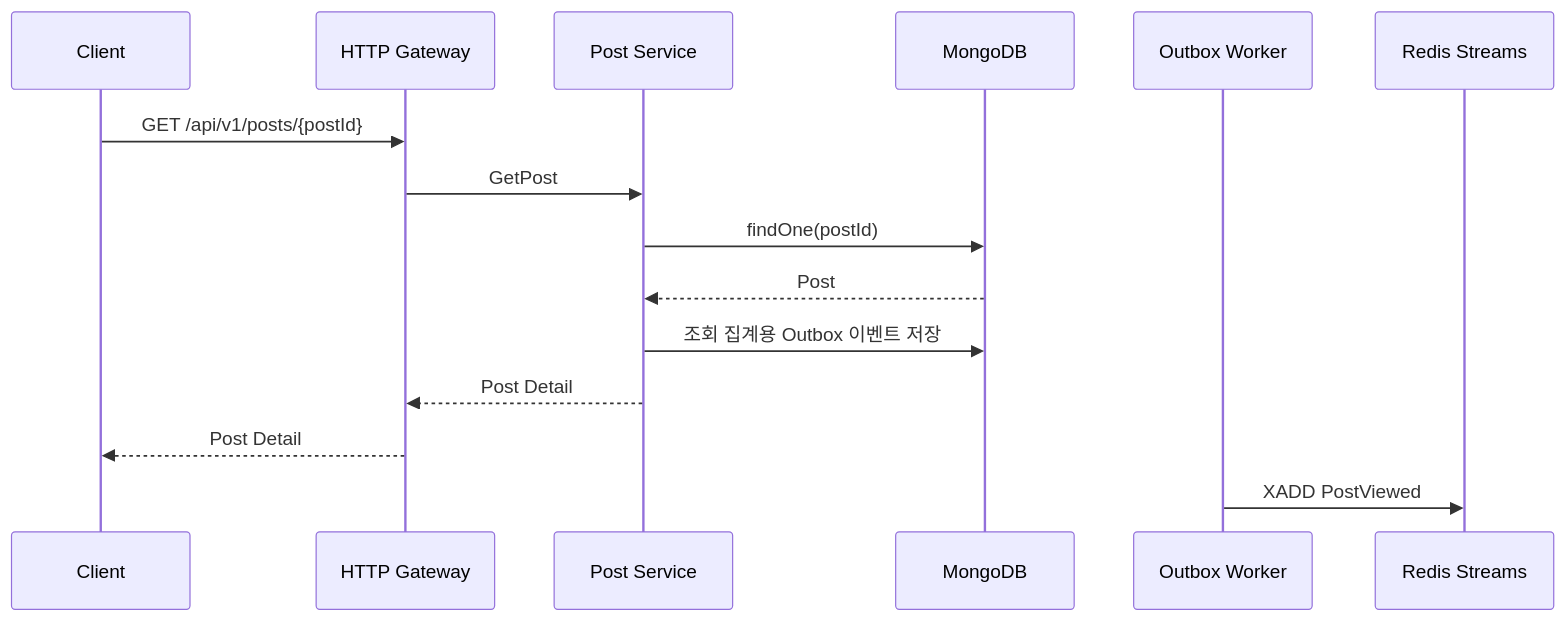
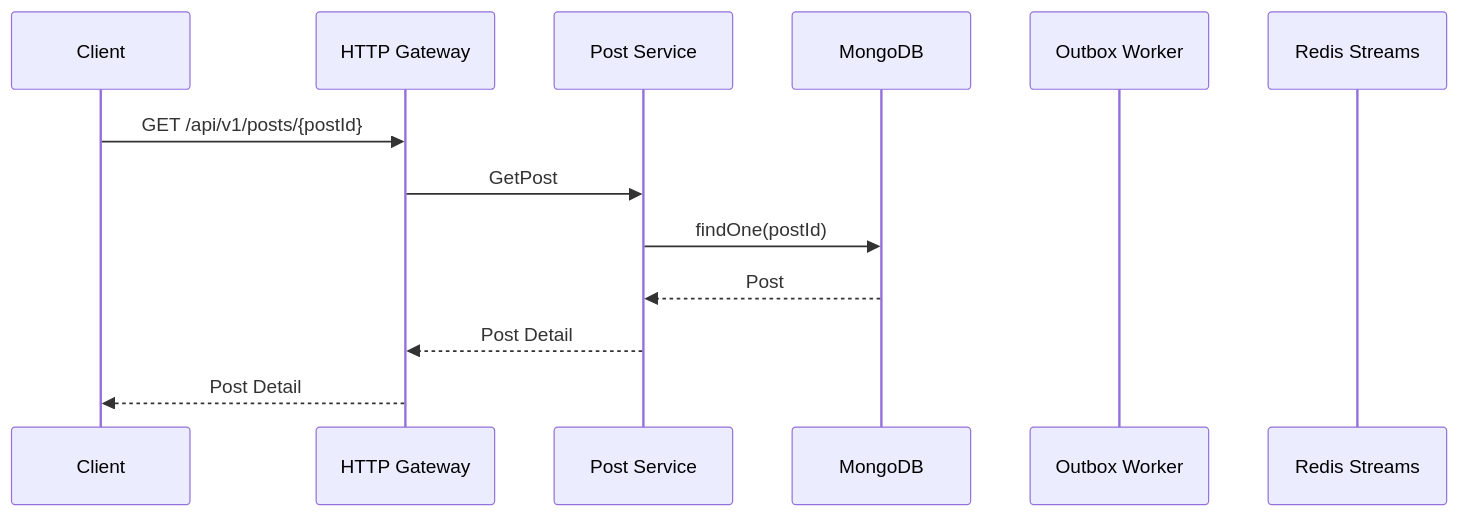
The fifth of 15 diagrams in services/post-service/PostService_Architecture.md (WGO-What-s-Going-On/Backend), drawn with Mermaid before and after one commit. The commit also changed other lines of this file and 31 other files, not shown here.

````diff
--- a/services/post-service/PostService_Architecture.md
+++ b/services/post-service/PostService_Architecture.md
@@ -385,25 +395,21 @@
 ```mermaid
 sequenceDiagram
 
     participant C as Client
     participant G as HTTP Gateway
     participant P as Post Service
     participant M as MongoDB
     participant O as Outbox Worker
     participant K as Redis Streams
 
     C->>G: GET /api/v1/posts/{postId}
 
     G->>P: GetPost
 
     P->>M: findOne(postId)
 
     M-->>P: Post
 
-    P->>M: 조회 집계용 Outbox 이벤트 저장
-
     P-->>G: Post Detail
     G-->>C: Post Detail
-
-    O->>K: XADD PostViewed
 ```
````
